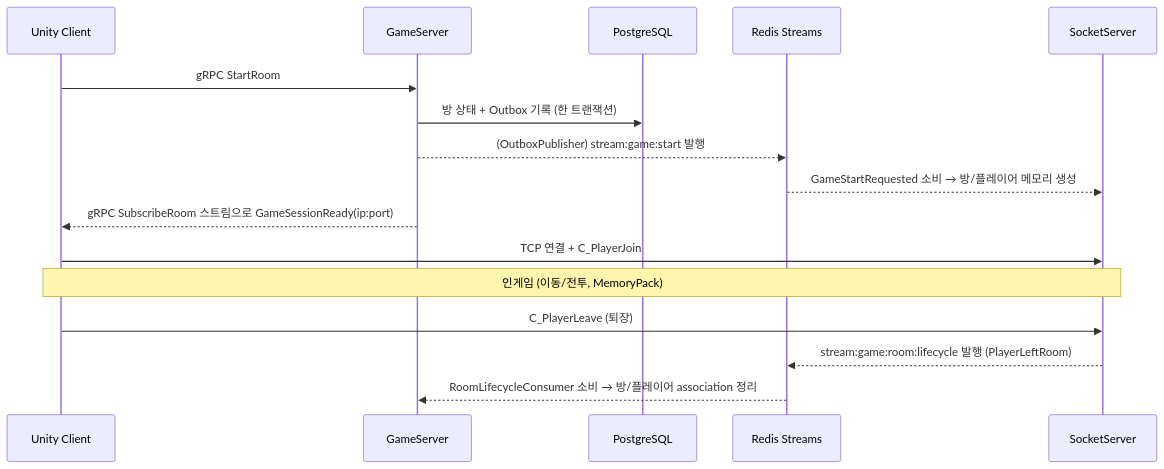
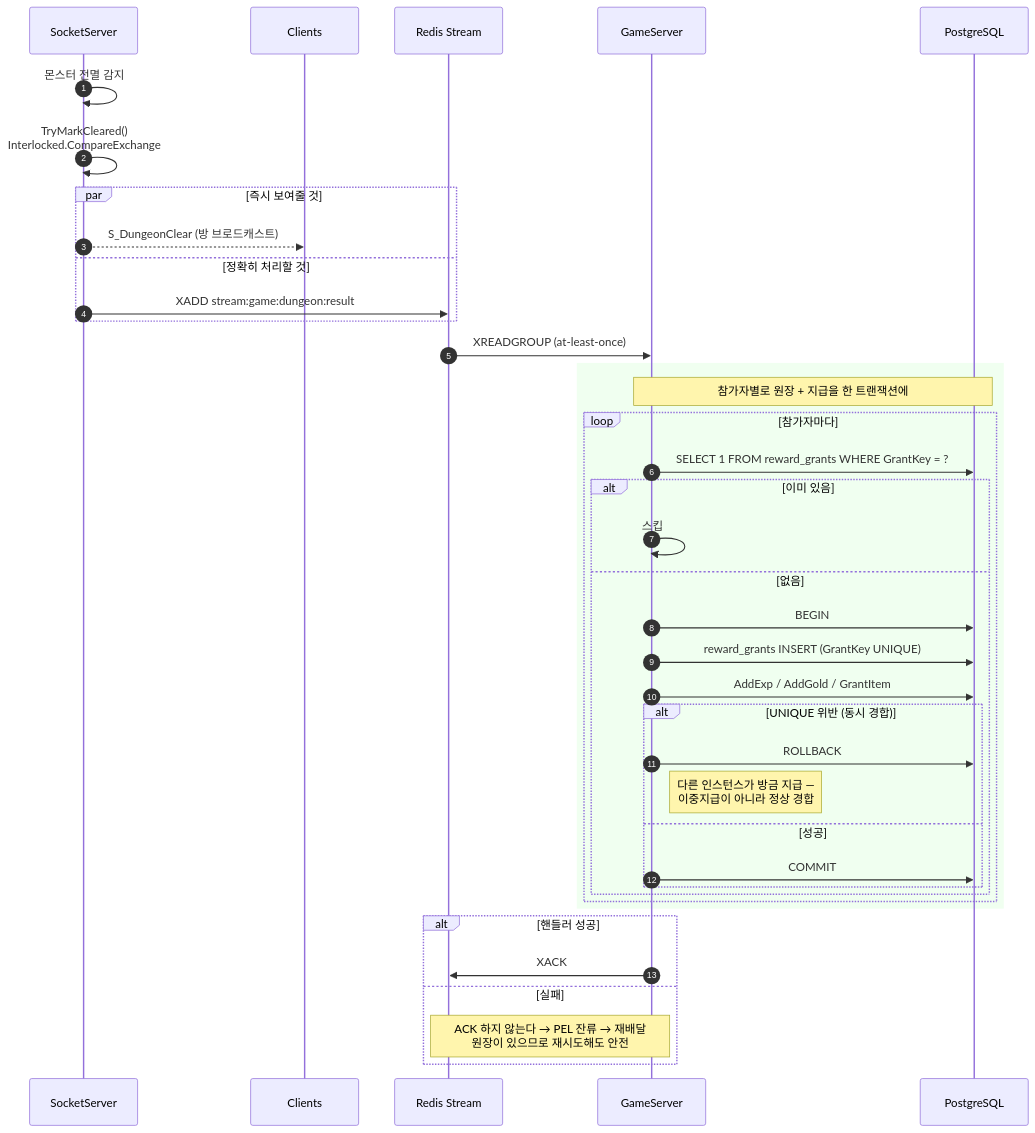
Before and after one commit to SeoBYP/Multiplay-ActionRPG-Unity: the tenth of 12 diagrams in README.md, drawn with Mermaid. The commit also changed other lines of this file, not shown here.

First line of the commit message:
docs(readme): 채용 문서 가이드 기준으로 재작성 + ERD·시퀀스·SQL 추가

````diff
--- a/README.md
+++ b/README.md
@@ -107,19 +698,46 @@
 ```mermaid
 sequenceDiagram
-    participant C as Unity Client
+    autonumber
+    participant S as SocketServer
+    participant C as Clients
+    participant R as Redis Stream
     participant G as GameServer
     participant DB as PostgreSQL
-    participant R as Redis Streams
-    participant S as SocketServer
 
-    C->>G: gRPC StartRoom
-    G->>DB: 방 상태 + Outbox 기록 (한 트랜잭션)
-    G-->>R: (OutboxPublisher) stream:game:start 발행
-    R-->>S: GameStartRequested 소비 → 방/플레이어 메모리 생성
-    G-->>C: gRPC SubscribeRoom 스트림으로 GameSessionReady(ip:port)
-    C->>S: TCP 연결 + C_PlayerJoin
-    Note over C,S: 인게임 (이동/전투, MemoryPack)
-    C->>S: C_PlayerLeave (퇴장)
-    S-->>R: stream:game:room:lifecycle 발행 (PlayerLeftRoom)
-    R-->>G: RoomLifecycleConsumer 소비 → 방/플레이어 association 정리
+    S->>S: 몬스터 전멸 감지
+    S->>S: TryMarkCleared()<br/>Interlocked.CompareExchange
+
+    par 즉시 보여줄 것
+        S-->>C: S_DungeonClear (방 브로드캐스트)
+    and 정확히 처리할 것
+        S->>R: XADD stream:game:dungeon:result
+    end
+
+    R->>G: XREADGROUP (at-least-once)
+
+    rect rgb(240,255,240)
+    note over G,DB: 참가자별로 원장 + 지급을 한 트랜잭션에
+    loop 참가자마다
+        G->>DB: SELECT 1 FROM reward_grants WHERE GrantKey = ?
+        alt 이미 있음
+            G->>G: 스킵
+        else 없음
+            G->>DB: BEGIN
+            G->>DB: reward_grants INSERT (GrantKey UNIQUE)
+            G->>DB: AddExp / AddGold / GrantItem
+            alt UNIQUE 위반 (동시 경합)
+                G->>DB: ROLLBACK
+                note right of G: 다른 인스턴스가 방금 지급 —<br/>이중지급이 아니라 정상 경합
+            else 성공
+                G->>DB: COMMIT
+            end
+        end
+    end
+    end
+
+    alt 핸들러 성공
+        G->>R: XACK
+    else 실패
+        note over G,R: ACK 하지 않는다 → PEL 잔류 → 재배달<br/>원장이 있으므로 재시도해도 안전
+    end
 ```
````
